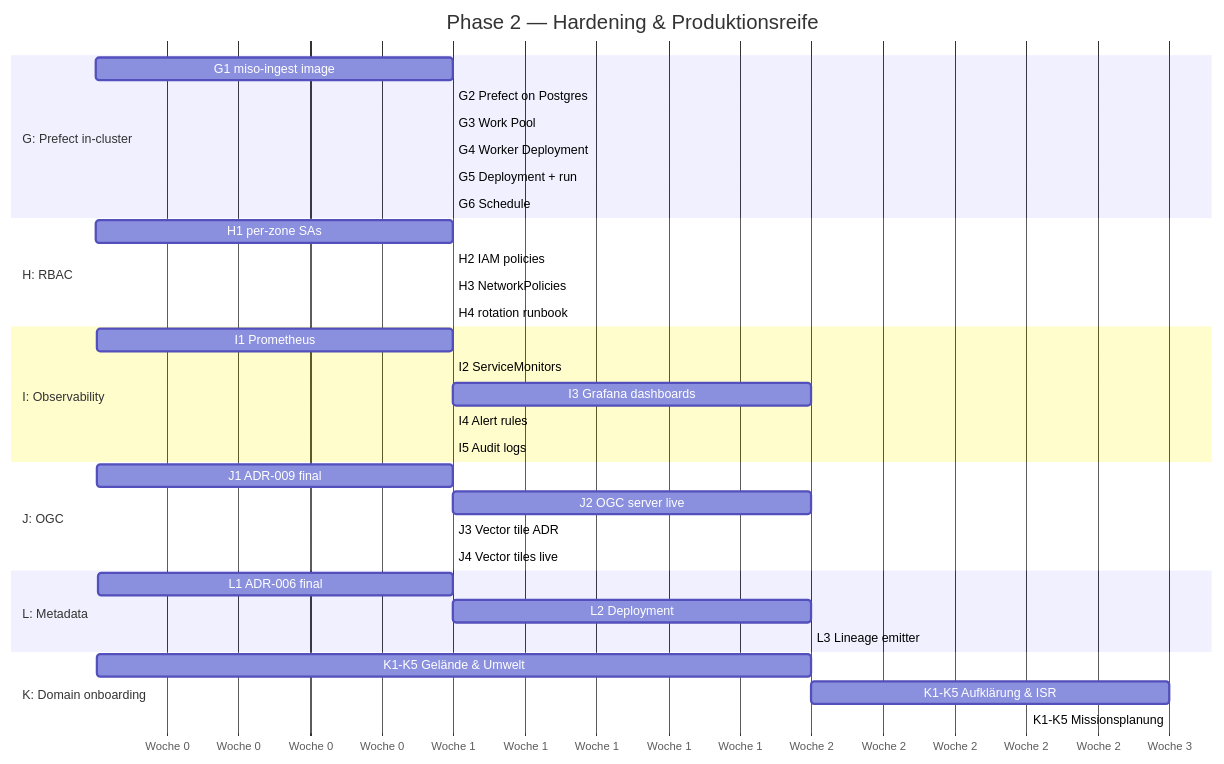
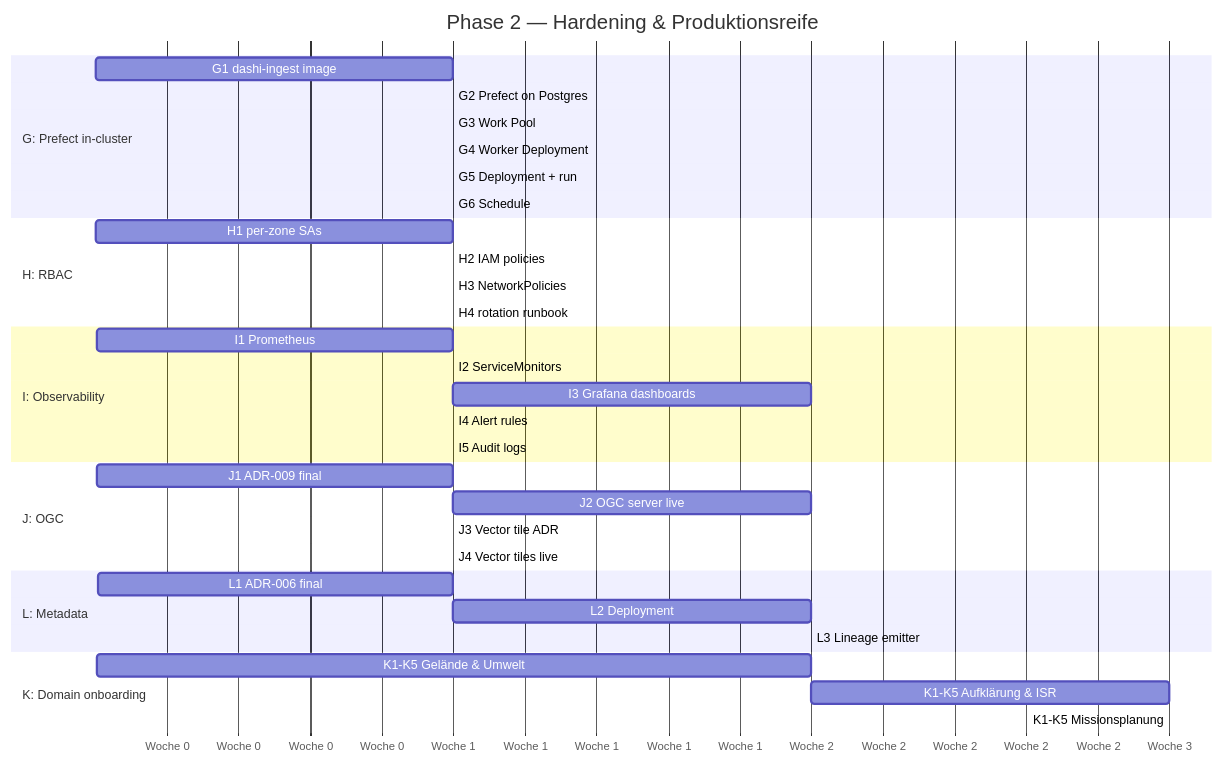
Before and after one commit to marcosci/dashi: the diagram in docs/PHASE-2-ROADMAP.md, drawn with Mermaid. The commit also changed other lines of this file and 112 other files, not shown here.

First line of the commit message:
Full rebrand: MISO → dashi across code, manifests, docs

````diff
--- a/docs/PHASE-2-ROADMAP.md
+++ b/docs/PHASE-2-ROADMAP.md
@@ -93,43 +93,43 @@
 ```mermaid
 gantt
     title Phase 2 — Hardening & Produktionsreife
     dateFormat X
     axisFormat Woche %s
 
     section G: Prefect in-cluster
-    G1 miso-ingest image   :g1, 1, 1
+    G1 dashi-ingest image   :g1, 1, 1
     G2 Prefect on Postgres :g2, after g1, 1
     G3 Work Pool           :g3, after g2, 1
     G4 Worker Deployment   :g4, after g3, 1
     G5 Deployment + run    :g5, after g4, 1
     G6 Schedule            :g6, after g5, 1
 
     section H: RBAC
     H1 per-zone SAs        :h1, 2, 1
     H2 IAM policies        :h2, after h1, 1
     H3 NetworkPolicies     :h3, after h2, 1
     H4 rotation runbook    :h4, after h3, 1
 
     section I: Observability
     I1 Prometheus          :i1, 3, 1
     I2 ServiceMonitors     :i2, after i1, 1
     I3 Grafana dashboards  :i3, after i2, 2
     I4 Alert rules         :i4, after i3, 1
     I5 Audit logs          :i5, after i4, 1
 
     section J: OGC
     J1 ADR-009 final       :j1, 5, 1
     J2 OGC server live     :j2, after j1, 2
     J3 Vector tile ADR     :j3, after j2, 1
     J4 Vector tiles live   :j4, after j3, 1
 
     section L: Metadata
     L1 ADR-006 final       :l1, 6, 1
     L2 Deployment          :l2, after l1, 2
     L3 Lineage emitter     :l3, after l2, 2
 
     section K: Domain onboarding
     K1-K5 Gelände & Umwelt :k1, 4, 2
     K1-K5 Aufklärung & ISR :k2, after k1, 3
     K1-K5 Missionsplanung  :k3, after k2, 3
 ```
````
